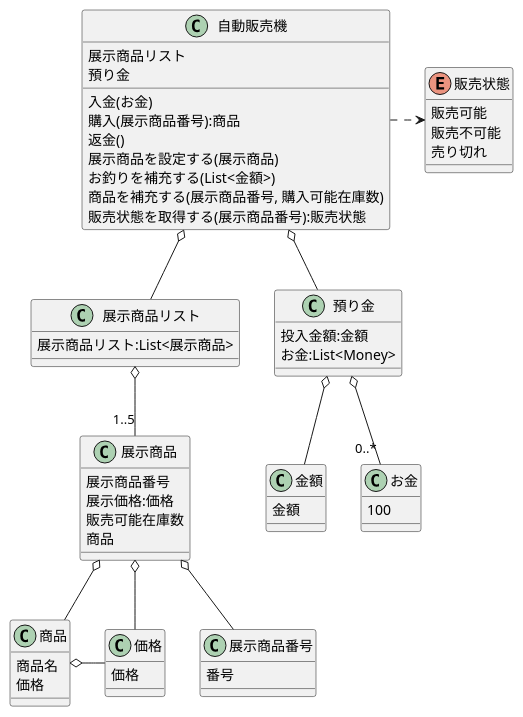
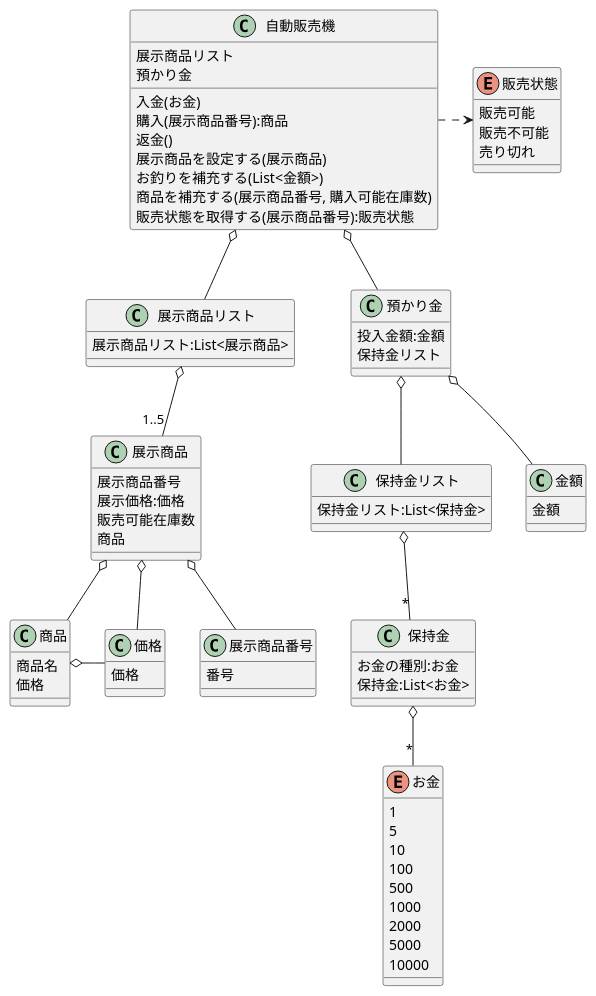
Before and after one commit to TakashiOnawa/ModelingPractice-VendingMachine: the diagram in modeling/DomainModel.md, drawn with PlantUML. The commit also changed 9 other files, not shown here.

````diff
--- a/modeling/DomainModel.md
+++ b/modeling/DomainModel.md
@@ -3,7 +3,7 @@
 class 自動販売機
 {
     展示商品リスト
-    預り金
+    預かり金
     入金(お金)
     購入(展示商品番号):商品
     返金()
@@ -37,10 +37,21 @@
     価格
 }
 
-class 預り金
+class 預かり金
 {
     投入金額:金額
-    お金:List<Money>
+    保持金リスト
+}
+
+class 保持金リスト
+{
+    保持金リスト:List<保持金>
+}
+
+class 保持金
+{
+    お金の種別:お金
+    保持金:List<お金>
 }
 
 class 金額
@@ -48,9 +59,17 @@
     金額
 }
 
-class お金
+enum お金
 {
+    1
+    5
+    10
     100
+    500
+    1000
+    2000
+    5000
+    10000
 }
 
 class 価格
@@ -66,14 +85,16 @@
 }
 
 自動販売機 o-- 展示商品リスト
-自動販売機 o-- 預り金
+自動販売機 o-- 預かり金
 自動販売機 .> 販売状態
 展示商品リスト o-- "1..5" 展示商品
 展示商品 o-- 展示商品番号
 展示商品 o-- 価格
 展示商品 o-- 商品
-預り金 o-- "0..*" お金
-預り金 o-- 金額
+預かり金 o-- 保持金リスト
+預かり金 o-- 金額
+保持金リスト o-- "*" 保持金
+保持金 o-- "*" お金
 商品 o- 価格
 @enduml
 ```
````
